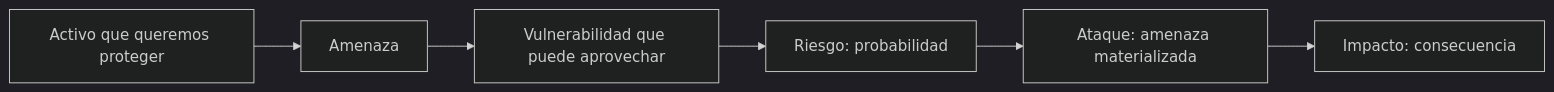
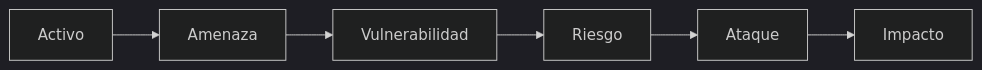
One commit to martalopezron92/2026-2SMR-SEGINF-Material changed the fourth of 10 diagrams in materiales/diapositivas/UD01_diapositivas.md. Above: the diagram before and after it, drawn with Mermaid (dark theme). The commit also changed other lines of this file, not shown here.

````diff
--- a/materiales/diapositivas/UD01_diapositivas.md
+++ b/materiales/diapositivas/UD01_diapositivas.md
@@ -141,8 +119,8 @@
 ```mermaid
 flowchart LR
-    A[Activo que queremos proteger] --> AM[Amenaza]
-    AM --> V[Vulnerabilidad que puede aprovechar]
-    V --> R[Riesgo: probabilidad]
-    R --> AT[Ataque: amenaza materializada]
-    AT --> I[Impacto: consecuencia]
+ A[Activo] --> AM[Amenaza]
+ AM --> V[Vulnerabilidad]
+ V --> R[Riesgo]
+ R --> AT[Ataque]
+ AT --> I[Impacto]
 ```
````
